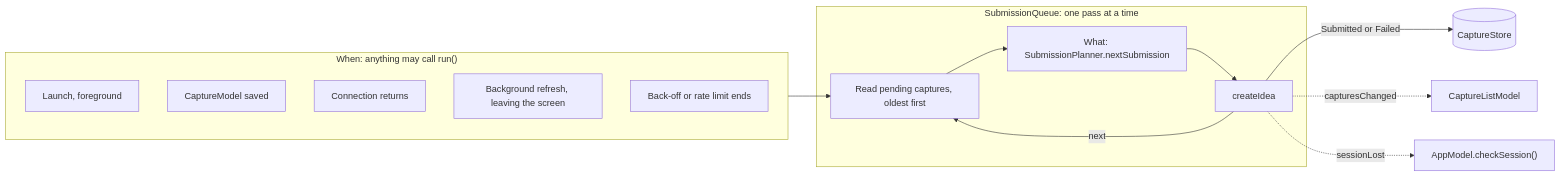
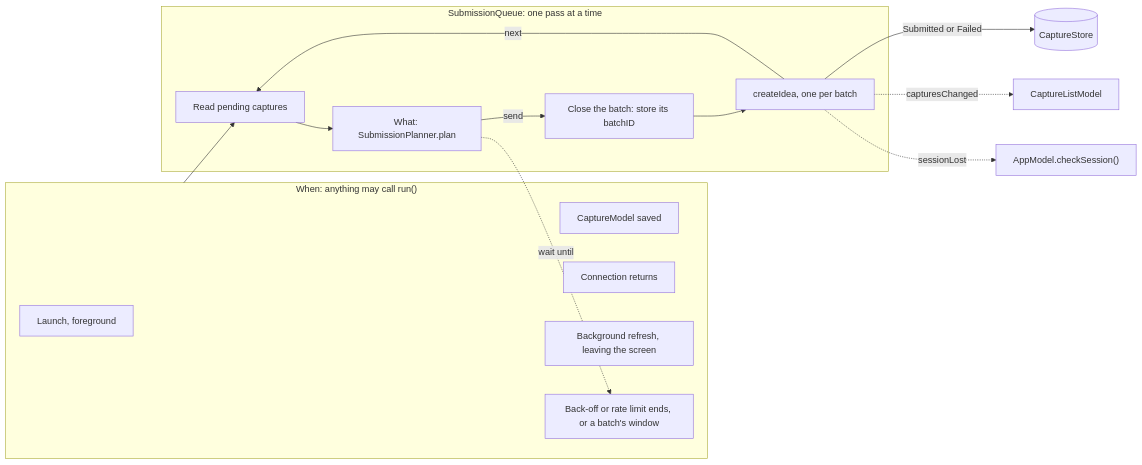
The fourth of 6 diagrams in docs/architecture.md (southp/buffer-snap), drawn with Mermaid before and after one commit. The commit also changed other lines of this file and 1 other file, not shown here.

First line of the commit message:
Docs: Describe batches in the architecture

````diff
--- a/docs/architecture.md
+++ b/docs/architecture.md
@@ -153,21 +160,23 @@
 ```mermaid
 flowchart LR
     subgraph when["When: anything may call run()"]
         Launch["Launch, foreground"]
         Saved["CaptureModel saved"]
         Back["Connection returns"]
         Bg["Background refresh, leaving the screen"]
-        Timer["Back-off or rate limit ends"]
+        Timer["Back-off or rate limit ends, or a batch's window"]
     end
     subgraph queue["SubmissionQueue: one pass at a time"]
-        Read["Read pending captures, oldest first"]
-        Planner["What: SubmissionPlanner.nextSubmission"]
-        Send["createIdea"]
-        Read --> Planner --> Send
+        Read["Read pending captures"]
+        Planner["What: SubmissionPlanner.plan"]
+        Close["Close the batch: store its batchID"]
+        Send["createIdea, one per batch"]
+        Read --> Planner -->|"send"| Close --> Send
         Send -->|next| Read
     end
     when --> Read
     Send -->|"Submitted or Failed"| Store[("CaptureStore")]
     Send -.->|"capturesChanged"| List["CaptureListModel"]
     Send -.->|"sessionLost"| Check["AppModel.checkSession()"]
+    Planner -.->|"wait until"| Timer
 ```
````
